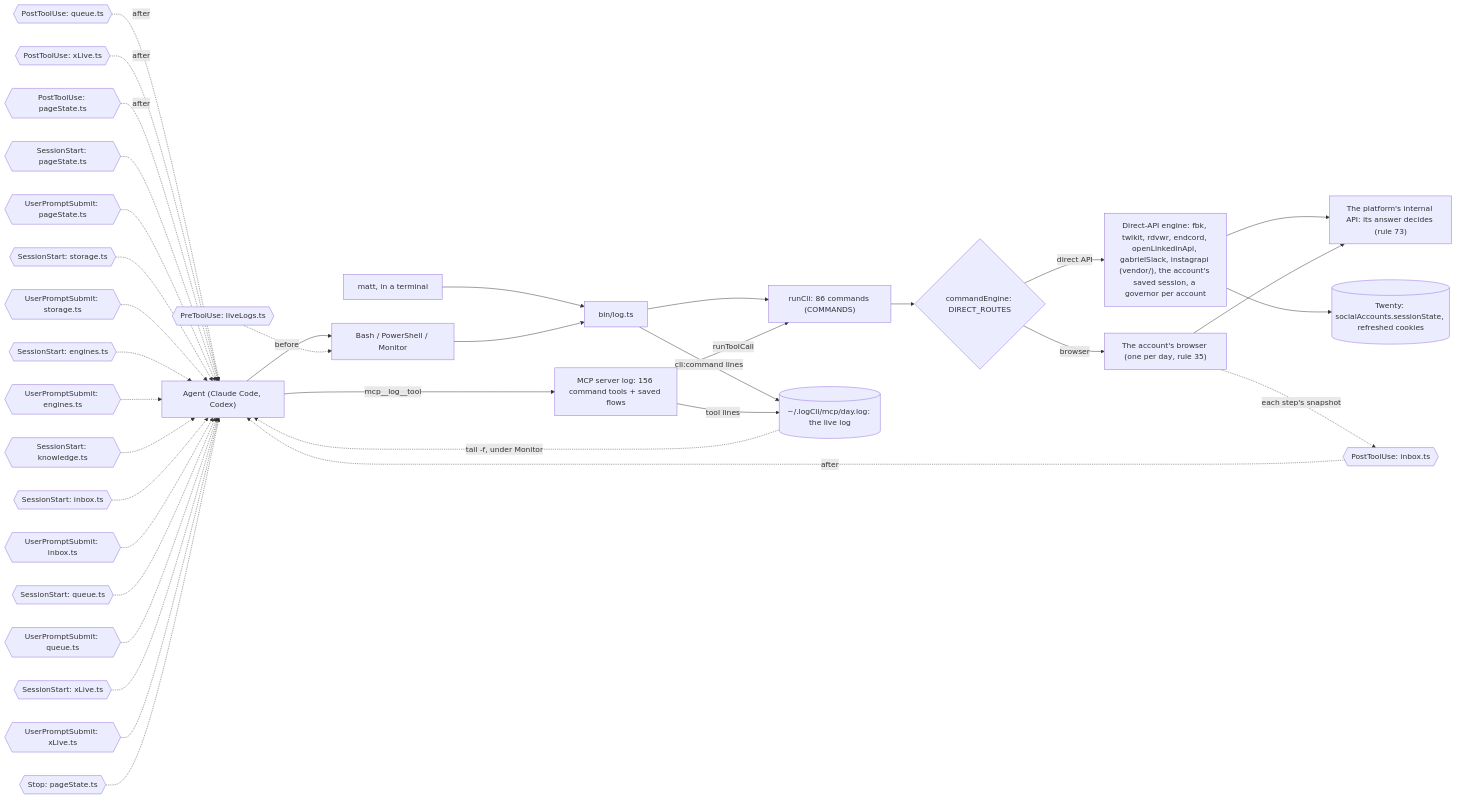
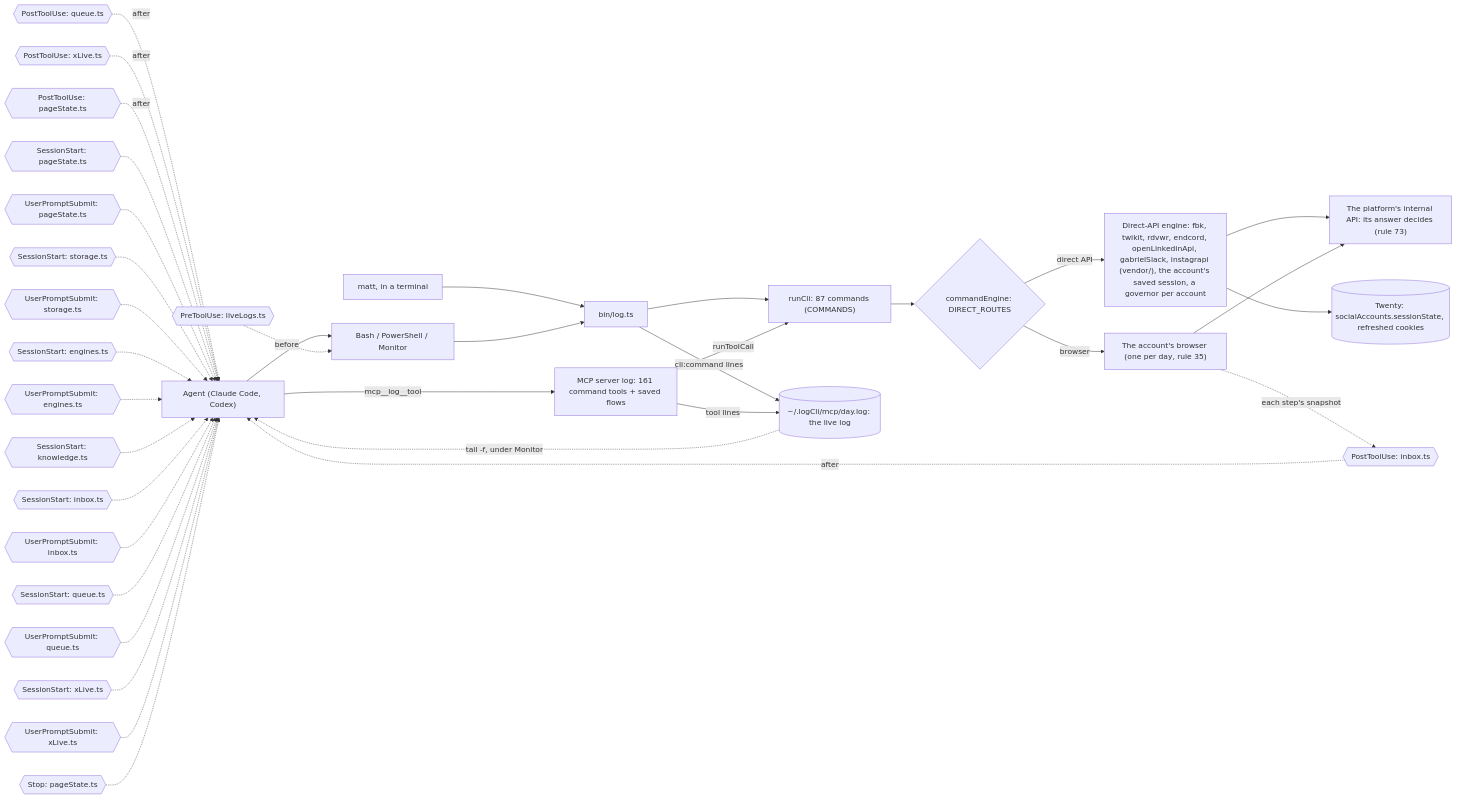
One commit to matthewdonsemail-lab/log changed the diagram in docs/diagrams/surface.mmd. Above: the diagram before and after it, drawn with Mermaid. The commit also changed 25 other files, not shown here.

```diff
--- a/docs/diagrams/surface.mmd
+++ b/docs/diagrams/surface.mmd
@@ -1,50 +1,50 @@
 %% How a call reaches log-cli. From a shell or over MCP, both run the same commands through `runCli`, write the same live log, and pass through the same hooks. `commandEngine` sends each command to the platform's direct API or to the account's browser.
 %% Written by `bun run docs:build` from the code (rule 56). Not edited by hand.
 flowchart LR
   agent["Agent (Claude Code, Codex)"]
   matt["matt, in a terminal"]
   shell["Bash / PowerShell / Monitor"]
-  mcp["MCP server log: 156 command tools + saved flows"]
+  mcp["MCP server log: 161 command tools + saved flows"]
   bin["bin/log.ts"]
-  runCli["runCli: 86 commands (COMMANDS)"]
+  runCli["runCli: 87 commands (COMMANDS)"]
   live[("~/.logCli/mcp/day.log: the live log")]
   engine{"commandEngine: DIRECT_ROUTES"}
   direct["Direct-API engine: fbk, twikit, rdvwr, endcord, openLinkedinApi, gabrielSlack, instagrapi (vendor/), the account's saved session, a governor per account"]
   browser["The account's browser (one per day, rule 35)"]
   api["The platform's internal API: its answer decides (rule 73)"]
   twenty[("Twenty: socialAccounts.sessionState, refreshed cookies")]
   agent --> shell
   matt --> bin
   shell --> bin
   agent -->|mcp__log__tool| mcp
   bin --> runCli
   mcp -->|runToolCall| runCli
   runCli --> engine
   engine -->|direct API| direct
   engine -->|browser| browser
   direct --> api
   browser --> api
   direct --> twenty
   bin -->|cli:command lines| live
   mcp -->|tool lines| live
   live -.->|tail -f, under Monitor| agent
   pre0{{"PreToolUse: liveLogs.ts"}} -.->|before| shell
   post0{{"PostToolUse: inbox.ts"}} -.->|after| agent
   post1{{"PostToolUse: queue.ts"}} -.->|after| agent
   post2{{"PostToolUse: xLive.ts"}} -.->|after| agent
   post3{{"PostToolUse: pageState.ts"}} -.->|after| agent
   turn0{{"SessionStart: pageState.ts"}} -.-> agent
   turn1{{"UserPromptSubmit: pageState.ts"}} -.-> agent
   turn2{{"SessionStart: storage.ts"}} -.-> agent
   turn3{{"UserPromptSubmit: storage.ts"}} -.-> agent
   turn4{{"SessionStart: engines.ts"}} -.-> agent
   turn5{{"UserPromptSubmit: engines.ts"}} -.-> agent
   turn6{{"SessionStart: knowledge.ts"}} -.-> agent
   turn7{{"SessionStart: inbox.ts"}} -.-> agent
   turn8{{"UserPromptSubmit: inbox.ts"}} -.-> agent
   turn9{{"SessionStart: queue.ts"}} -.-> agent
   turn10{{"UserPromptSubmit: queue.ts"}} -.-> agent
   turn11{{"SessionStart: xLive.ts"}} -.-> agent
   turn12{{"UserPromptSubmit: xLive.ts"}} -.-> agent
   turn13{{"Stop: pageState.ts"}} -.-> agent
   browser -.->|each step's snapshot| post0
```
